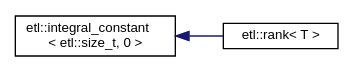
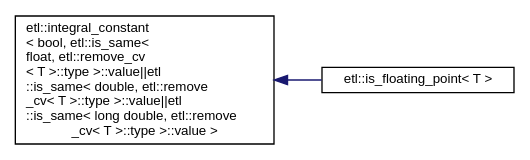
The diagram in inherit_graph_30.dot (tobanteAudio/taetl), drawn with Graphviz before and after one commit. The commit also changed 256 other files, not shown here.

```diff
--- a/inherit_graph_30.dot
+++ b/inherit_graph_30.dot
@@ -1,9 +1,9 @@
 digraph "Graphical Class Hierarchy"
 {
   edge [fontname="Helvetica",fontsize="10",labelfontname="Helvetica",labelfontsize="10"];
   node [fontname="Helvetica",fontsize="10",shape=record];
   rankdir="LR";
-  Node0 [label="etl::integral_constant\l\< etl::size_t, 0 \>",height=0.2,width=0.4,color="black", fillcolor="white", style="filled",URL="$structetl_1_1integral__constant.html"];
+  Node0 [label="etl::integral_constant\l\< bool, etl::is_same\<\l float, etl::remove_cv\l\< T \>::type \>::value\|\|etl\l::is_same\< double, etl::remove\l_cv\< T \>::type \>::value\|\|etl\l::is_same\< long double, etl::remove\l_cv\< T \>::type \>::value \>",height=0.2,width=0.4,color="black", fillcolor="white", style="filled",URL="$structetl_1_1integral__constant.html"];
   Node0 -> Node1 [dir="back",color="midnightblue",fontsize="10",style="solid",fontname="Helvetica"];
-  Node1 [label="etl::rank\< T \>",height=0.2,width=0.4,color="black", fillcolor="white", style="filled",URL="$structetl_1_1rank.html",tooltip="If Type is an array type, provides the member constant value equal to the number of dimensions of the..."];
+  Node1 [label="etl::is_floating_point\< T \>",height=0.2,width=0.4,color="black", fillcolor="white", style="filled",URL="$structetl_1_1is__floating__point.html"];
 }
```
